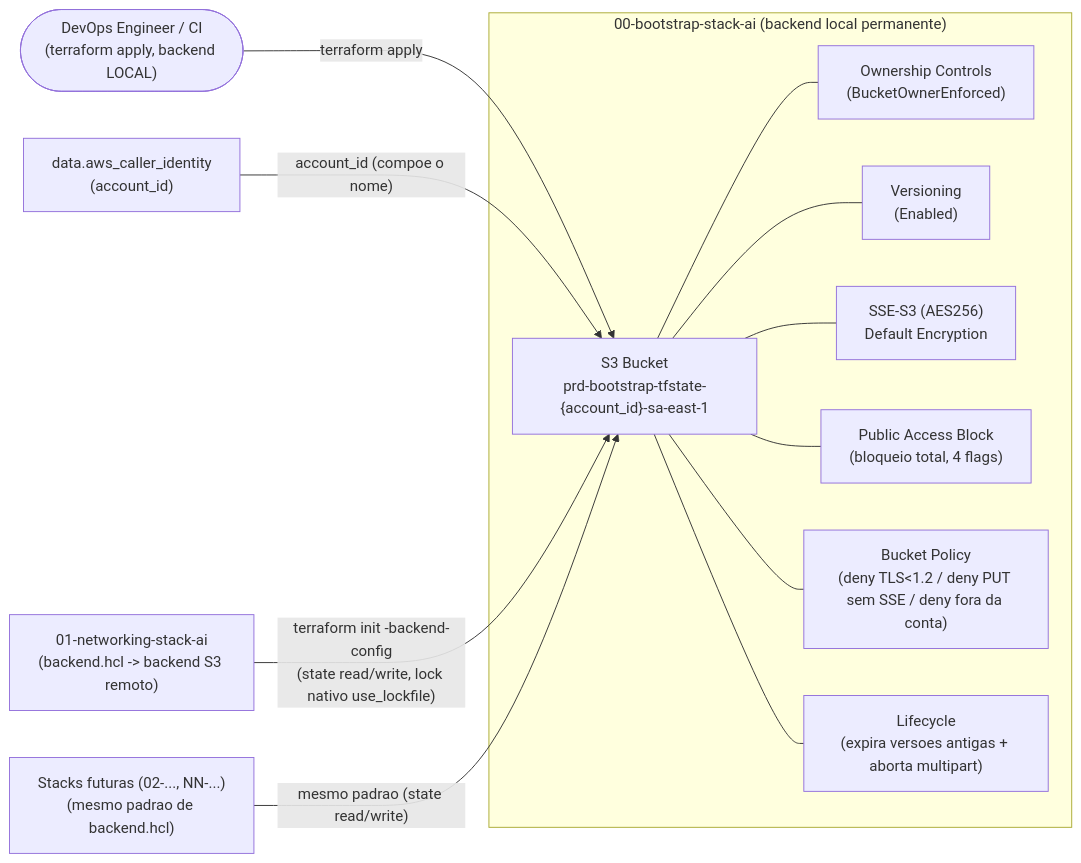
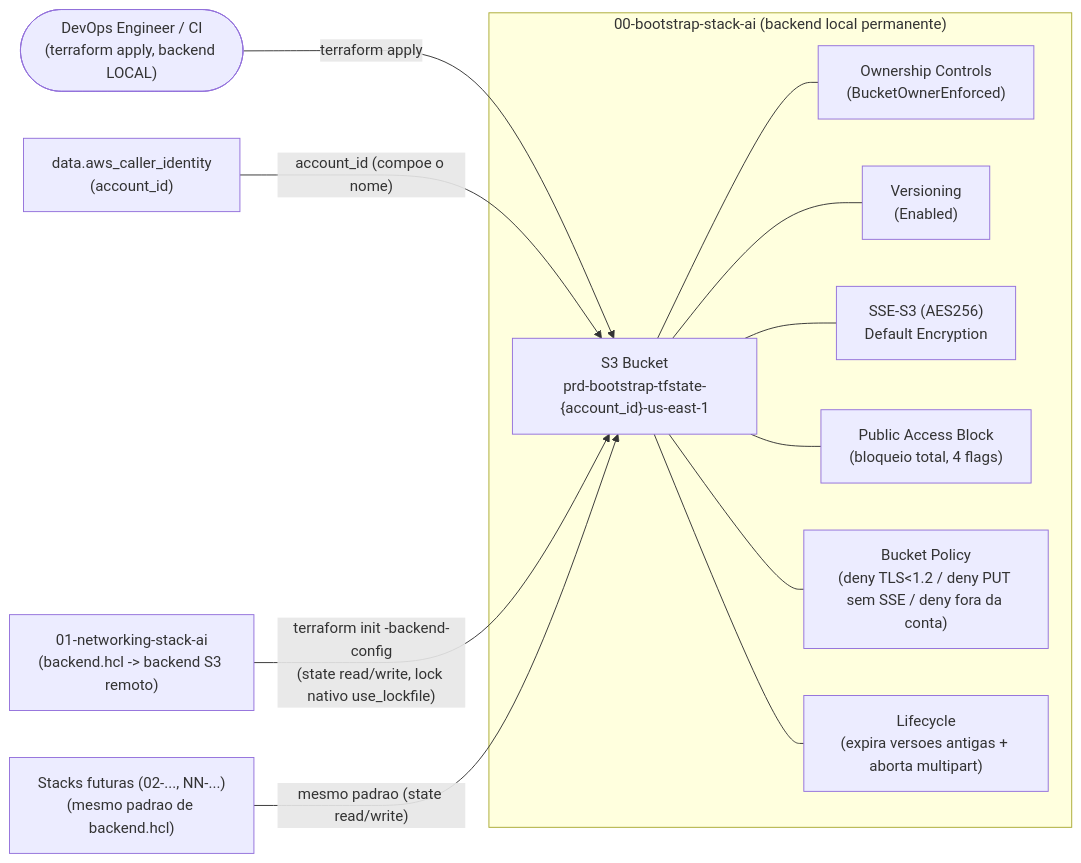
Before and after one commit to leopoldocardoso/workshop-devops-na-nuvem: the diagram in docs/adr/ADR-0002-bootstrap-stack-remote-backend.md, drawn with Mermaid. The commit also changed other lines of this file and 25 other files, not shown here.

````diff
--- a/docs/adr/ADR-0002-bootstrap-stack-remote-backend.md
+++ b/docs/adr/ADR-0002-bootstrap-stack-remote-backend.md
@@ -163,29 +169,29 @@
 ```mermaid
 flowchart LR
     Engineer(["DevOps Engineer / CI\n(terraform apply, backend LOCAL)"])
     CallerIdentity["data.aws_caller_identity\n(account_id)"]
 
     subgraph Bootstrap["00-bootstrap-stack-ai (backend local permanente)"]
-        Bucket["S3 Bucket\nprd-bootstrap-tfstate-{account_id}-sa-east-1"]
+        Bucket["S3 Bucket\nprd-bootstrap-tfstate-{account_id}-us-east-1"]
         Ownership["Ownership Controls\n(BucketOwnerEnforced)"]
         Versioning["Versioning\n(Enabled)"]
         SSE["SSE-S3 (AES256)\nDefault Encryption"]
         PAB["Public Access Block\n(bloqueio total, 4 flags)"]
         Policy["Bucket Policy\n(deny TLS<1.2 / deny PUT sem SSE / deny fora da conta)"]
         Lifecycle["Lifecycle\n(expira versoes antigas + aborta multipart)"]
     end
 
     NetworkingStack["01-networking-stack-ai\n(backend.hcl -> backend S3 remoto)"]
     FutureStacks["Stacks futuras (02-..., NN-...)\n(mesmo padrao de backend.hcl)"]
 
     Engineer -- "terraform apply" --> Bucket
     CallerIdentity -- "account_id (compoe o nome)" --> Bucket
     Bucket --- Ownership
     Bucket --- Versioning
     Bucket --- SSE
     Bucket --- PAB
     Bucket --- Policy
     Bucket --- Lifecycle
     NetworkingStack -- "terraform init -backend-config\n(state read/write, lock nativo use_lockfile)" --> Bucket
     FutureStacks -- "mesmo padrao (state read/write)" --> Bucket
 ```
````
